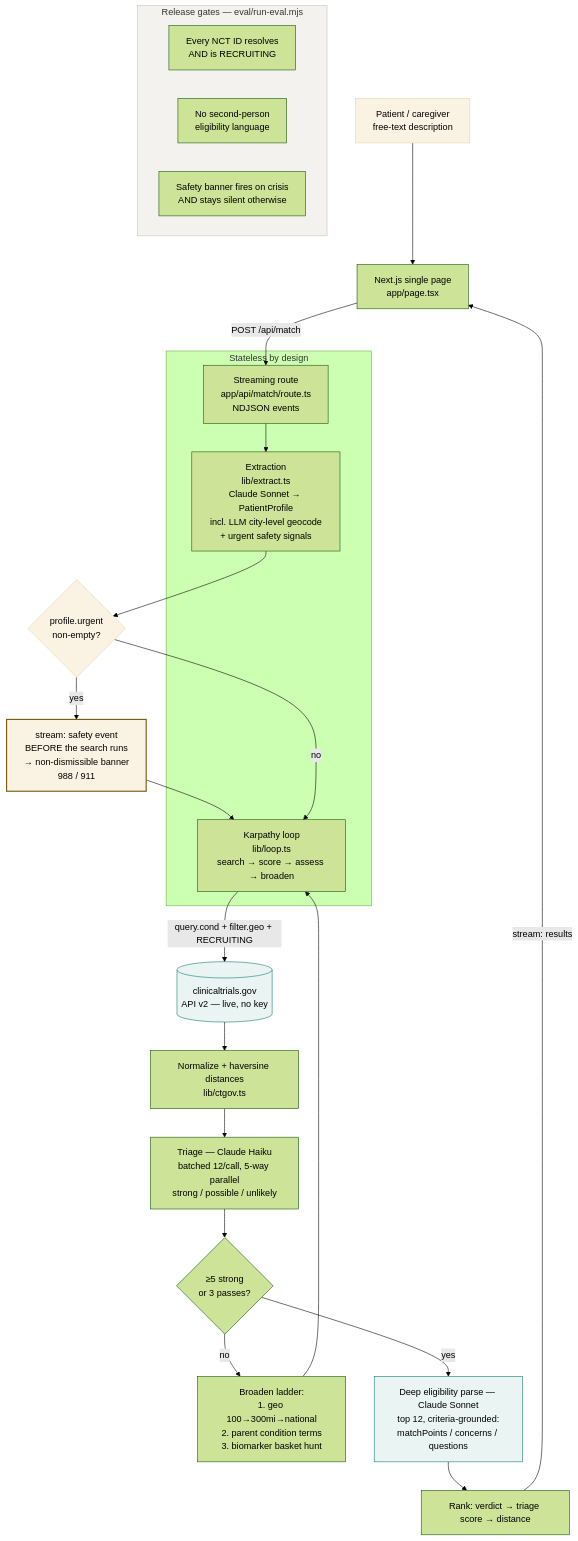
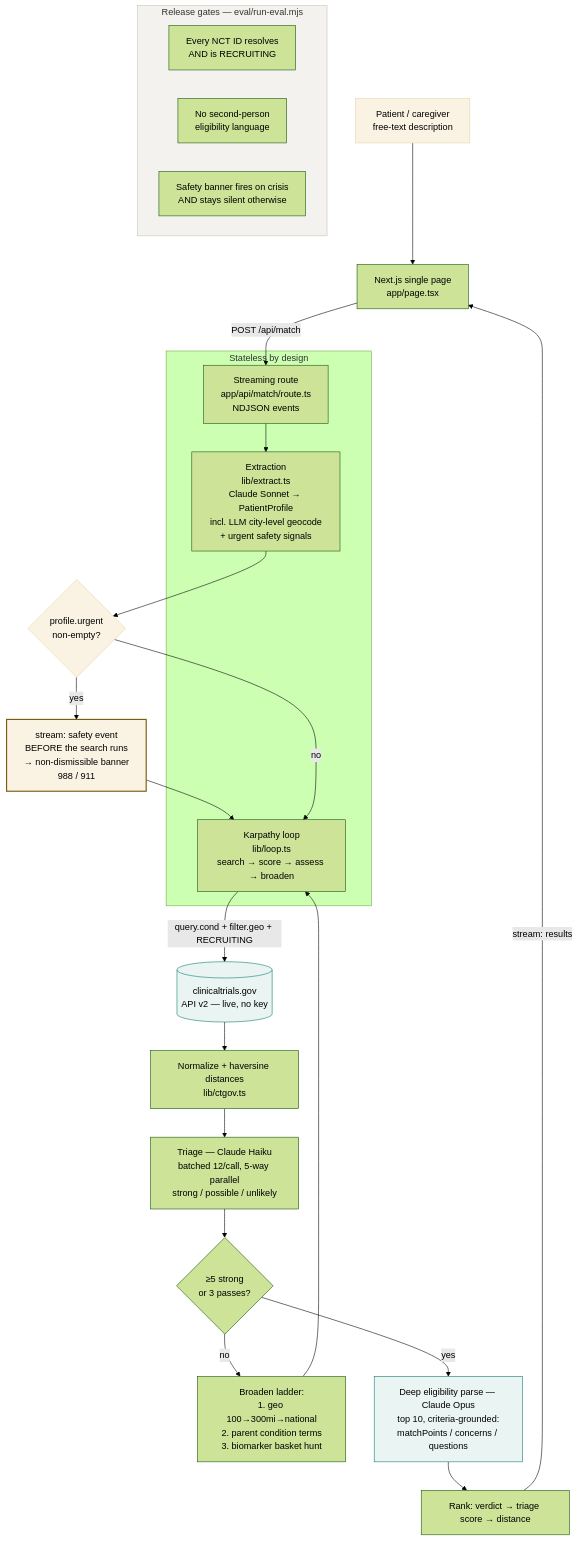
The diagram in ARCHITECTURE.mermaid (ericporres/trialthread), drawn with Mermaid (forest theme) before and after one commit. The commit also changed 9 other files, not shown here.

First line of the commit message:
feat(ai): deep eligibility parse on claude-opus-5-5; halve the daily cap to hold the dollar bound

```diff
--- a/ARCHITECTURE.mermaid
+++ b/ARCHITECTURE.mermaid
@@ -1,41 +1,41 @@
 flowchart TD
     U[Patient / caregiver\nfree-text description] --> UI[Next.js single page\napp/page.tsx]
     UI -->|POST /api/match| API[Streaming route\napp/api/match/route.ts\nNDJSON events]
 
     API --> EX[Extraction\nlib/extract.ts\nClaude Sonnet → PatientProfile\nincl. LLM city-level geocode\n+ urgent safety signals]
 
     EX --> SAFE{profile.urgent\nnon-empty?}
     SAFE -->|yes| BANNER[stream: safety event\nBEFORE the search runs\n→ non-dismissible banner\n988 / 911]
     BANNER --> LOOP
     SAFE -->|no| LOOP
 
     LOOP[Karpathy loop\nlib/loop.ts\nsearch → score → assess → broaden]
 
     LOOP -->|query.cond + filter.geo + RECRUITING| CTG[(clinicaltrials.gov\nAPI v2 — live, no key)]
     CTG --> NORM[Normalize + haversine distances\nlib/ctgov.ts]
     NORM --> TRI[Triage — Claude Haiku\nbatched 12/call, 5-way parallel\nstrong / possible / unlikely]
     TRI --> COV{≥5 strong\nor 3 passes?}
     COV -->|no| BR[Broaden ladder:\n1. geo 100→300mi→national\n2. parent condition terms\n3. biomarker basket hunt]
     BR --> LOOP
-    COV -->|yes| DEEP[Deep eligibility parse — Claude Sonnet\ntop 12, criteria-grounded:\nmatchPoints / concerns / questions]
+    COV -->|yes| DEEP[Deep eligibility parse — Claude Opus\ntop 10, criteria-grounded:\nmatchPoints / concerns / questions]
     DEEP --> RANK[Rank: verdict → triage score → distance]
     RANK -->|stream: results| UI
 
     subgraph SG[Stateless by design]
         API
         EX
         LOOP
     end
 
     subgraph GATES[Release gates — eval/run-eval.mjs]
         G1[Every NCT ID resolves\nAND is RECRUITING]
         G2[No second-person\neligibility language]
         G3[Safety banner fires on crisis\nAND stays silent otherwise]
     end
 
     style CTG fill:#eaf4f2,stroke:#0e7c6e
     style DEEP fill:#eaf4f2,stroke:#0e7c6e
     style U fill:#faf3e3,stroke:#e8d5a4
     style BANNER fill:#faf3e3,stroke:#7a5c11,stroke-width:2px
     style SAFE fill:#faf3e3,stroke:#e8d5a4
     style GATES fill:#f4f2ee,stroke:#c9c3b8
```
